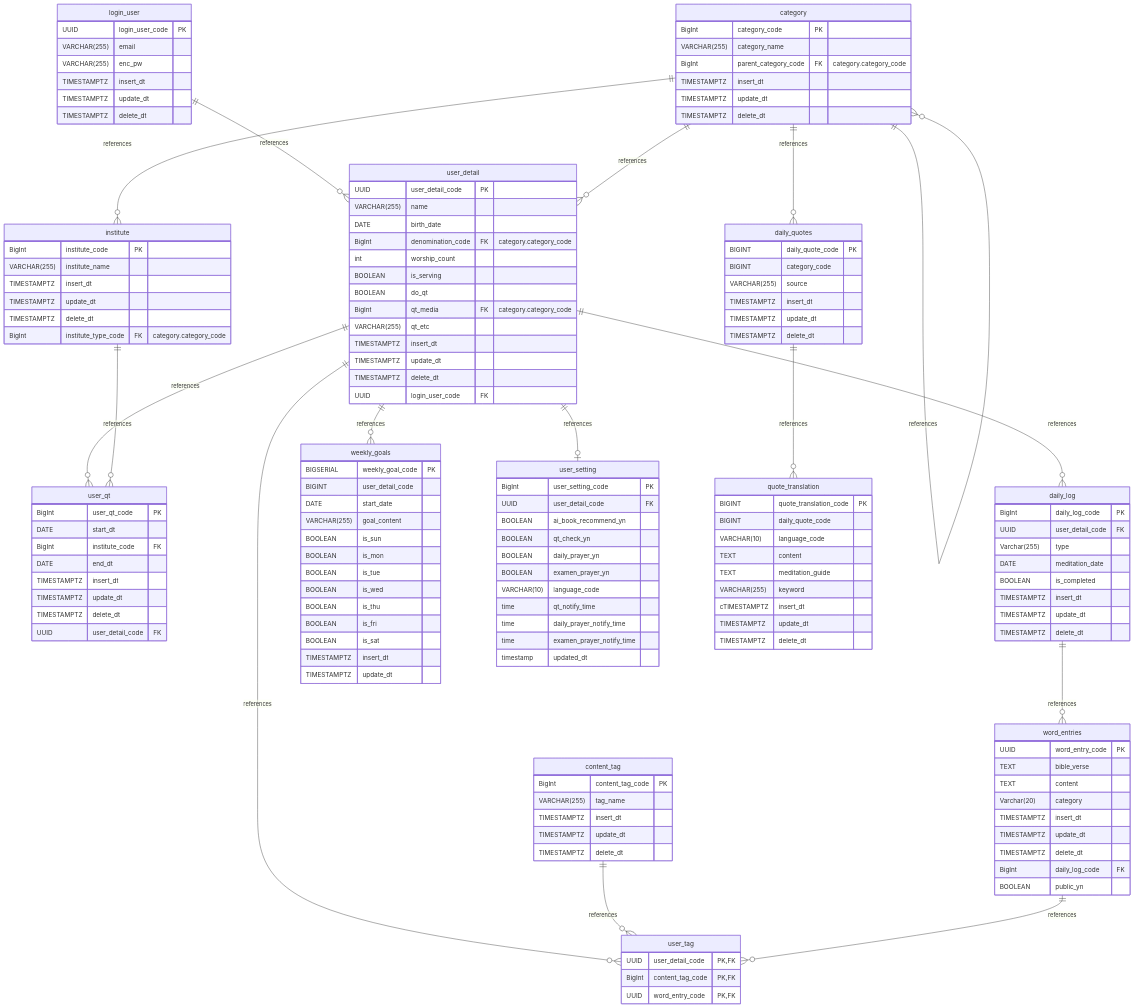
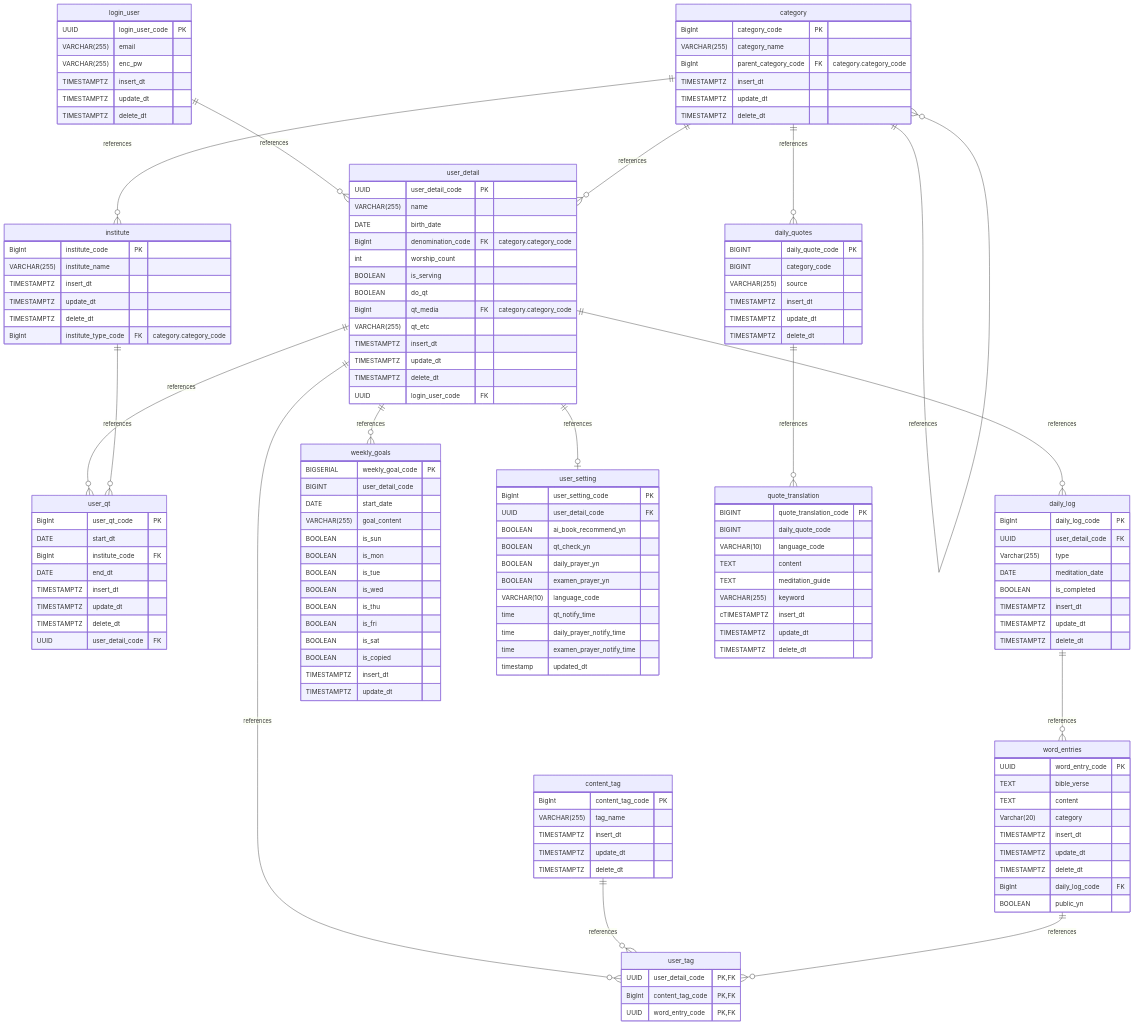
Before and after one commit to LinaShinDev/daily-word-log: the diagram in README.md, drawn with Mermaid.

```diff
--- a/README.md
+++ b/README.md
@@ -184,6 +184,7 @@
 	    BOOLEAN is_thu 
 	    BOOLEAN is_fri 
 	    BOOLEAN is_sat
+		BOOLEAN is_copied
 	    
 	   	TIMESTAMPTZ insert_dt
 		TIMESTAMPTZ update_dt
```
